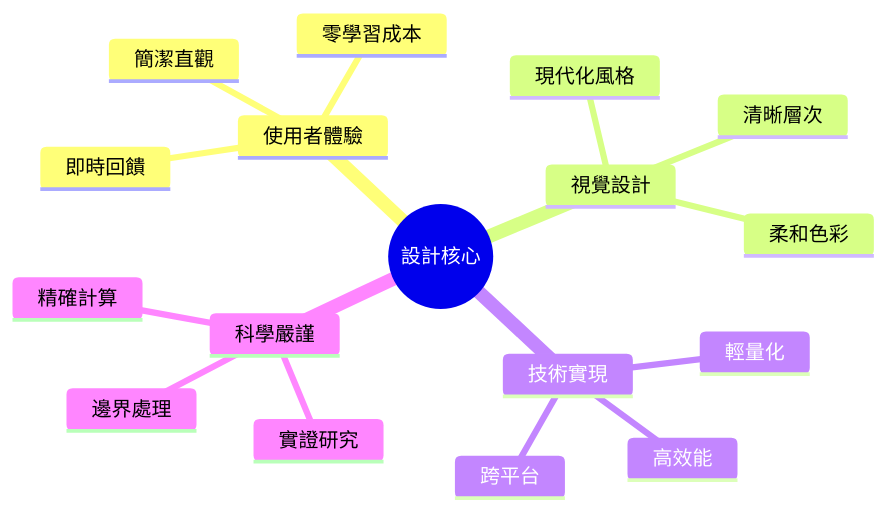
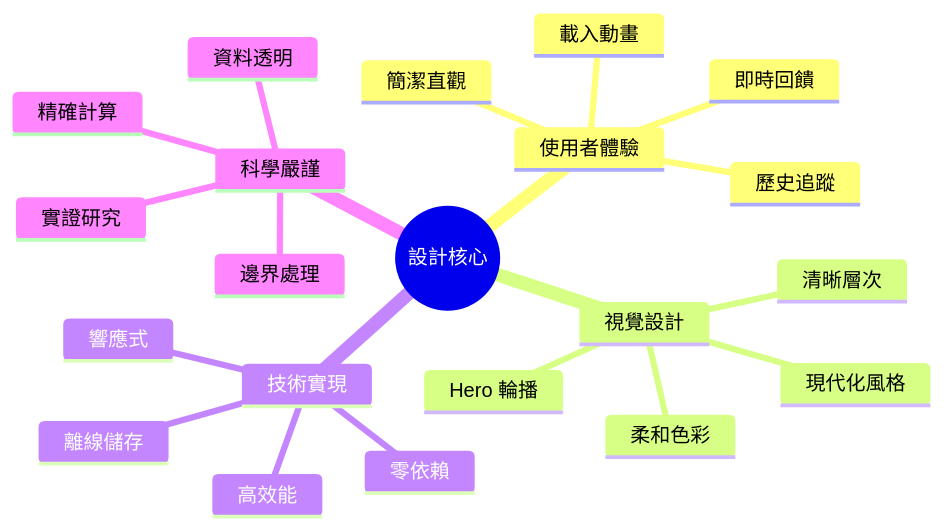
One commit to dpi627/HexVC3DailyTask08 changed the sixth of 6 diagrams in README.md. Above: the diagram before and after it, drawn with Mermaid. The commit also changed other lines of this file, not shown here.

Commit message:
更新 README.md，擴充專案簡介與核心特色，新增圖片輪播、智慧儲存及響應式設計等功能說明，並調整開發規範與功能亮點總覽

````diff
--- a/README.md
+++ b/README.md
@@ -330,20 +543,24 @@
 ```mermaid
 mindmap
   root((設計核心))
     使用者體驗
       簡潔直觀
-      零學習成本
       即時回饋
+      載入動畫
+      歷史追蹤
     視覺設計
       現代化風格
+      Hero 輪播
       柔和色彩
       清晰層次
     技術實現
-      輕量化
+      零依賴
       高效能
-      跨平台
+      響應式
+      離線儲存
     科學嚴謹
       實證研究
       邊界處理
       精確計算
+      資料透明
 ```
````
